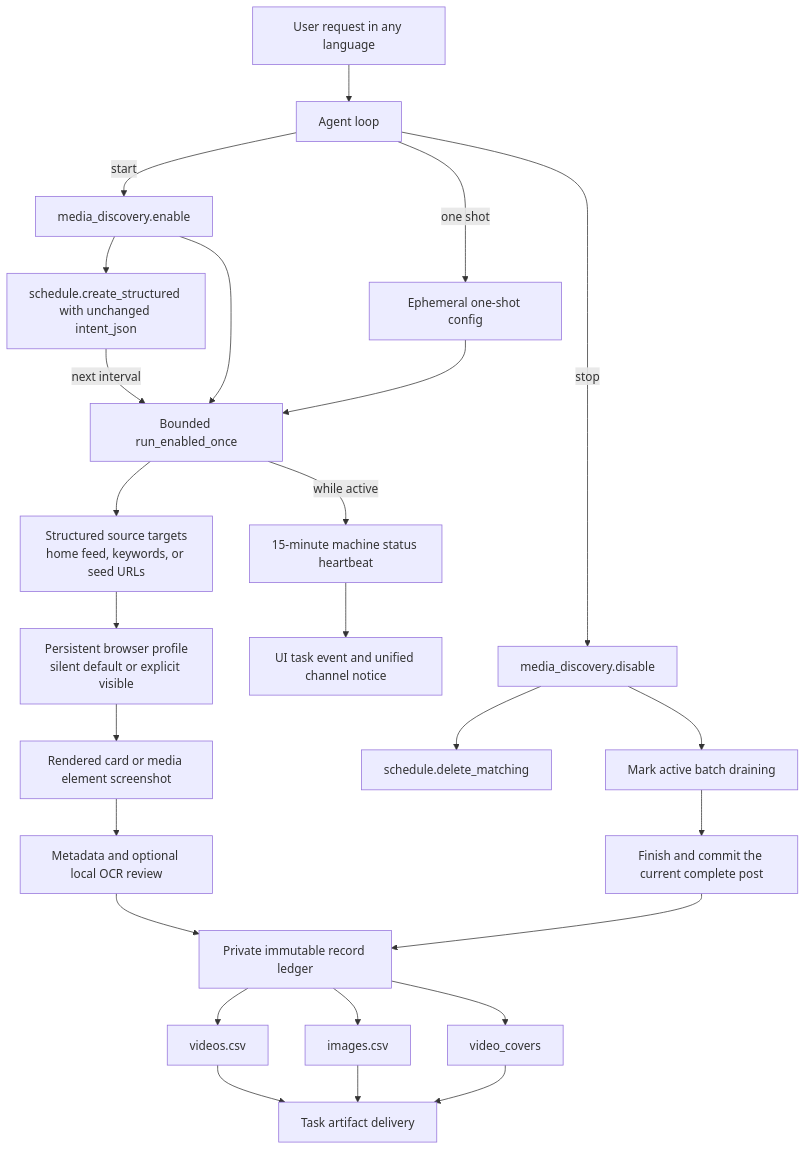
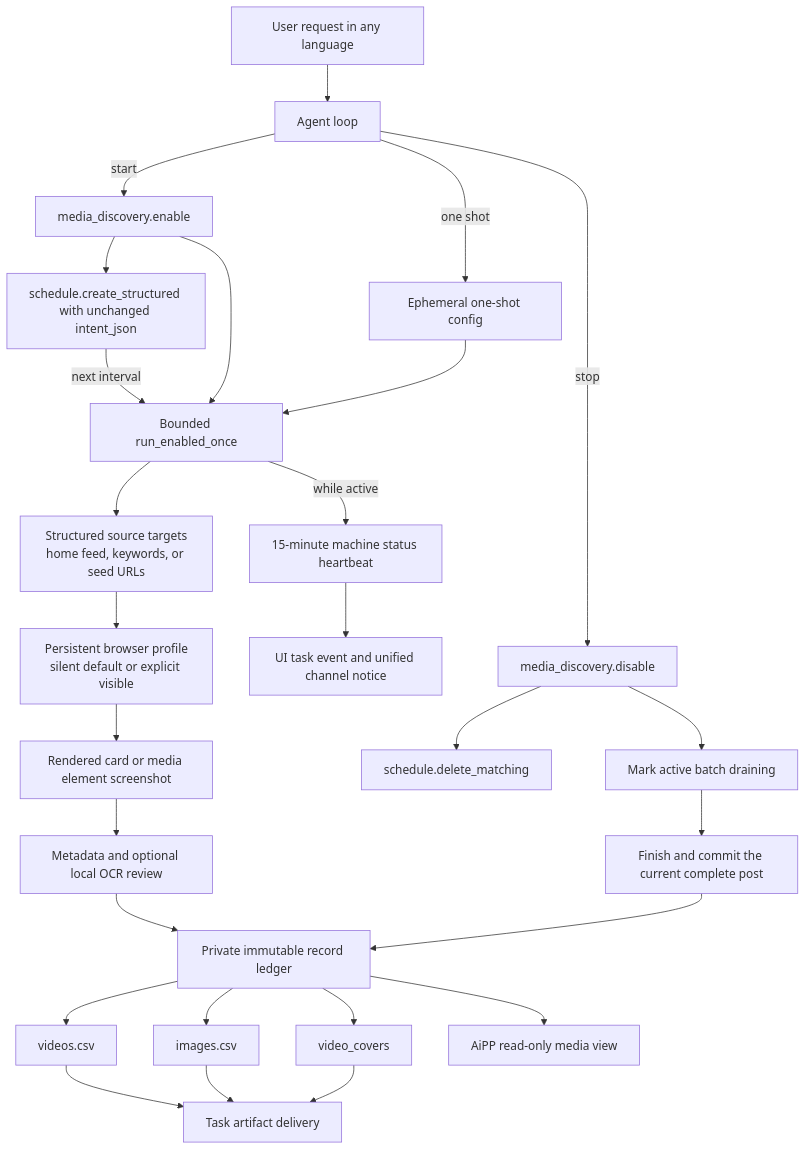
Before and after one commit to MatrixCoreX/RustClaw: the diagram in docs/architecture/12-media-discovery.md, drawn with Mermaid. The commit also changed other lines of this file and 27 other files, not shown here.

````diff
--- a/docs/architecture/12-media-discovery.md
+++ b/docs/architecture/12-media-discovery.md
@@ -51,39 +53,41 @@
 ```mermaid
 flowchart TD
     U[User request in any language]
     A[Agent loop]
     E[media_discovery.enable]
     X[media_discovery.disable]
     S[schedule.create_structured with unchanged intent_json]
     Q[schedule.delete_matching]
     R[Bounded run_enabled_once]
     W[Ephemeral one-shot config]
     T[Structured source targets<br/>home feed, keywords, or seed URLs]
     G[Mark active batch draining]
     P[Finish and commit the current complete post]
     B[Persistent browser profile<br/>silent default or explicit visible]
     C[Rendered card or media element screenshot]
     O[Metadata and optional local OCR review]
     L[Private immutable record ledger]
     V[videos.csv]
     I[images.csv]
     F[video_covers]
     D[Task artifact delivery]
     H[15-minute machine status heartbeat]
     N[UI task event and unified channel notice]
+    AP[AiPP read-only media view]
 
     U --> A
     A -->|start| E
     E --> S
     E --> R
     A -->|one shot| W --> R
     S -->|next interval| R
     R --> T --> B --> C --> O --> L
     R -->|while active| H --> N
     A -->|stop| X
     X --> Q
     X --> G --> P --> L
     L --> V --> D
     L --> I --> D
     L --> F --> D
+    L --> AP
 ```
````
